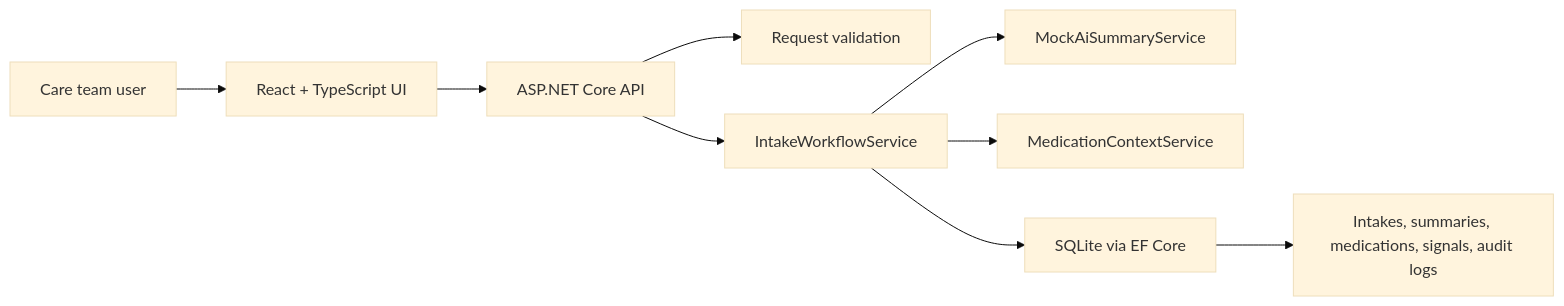
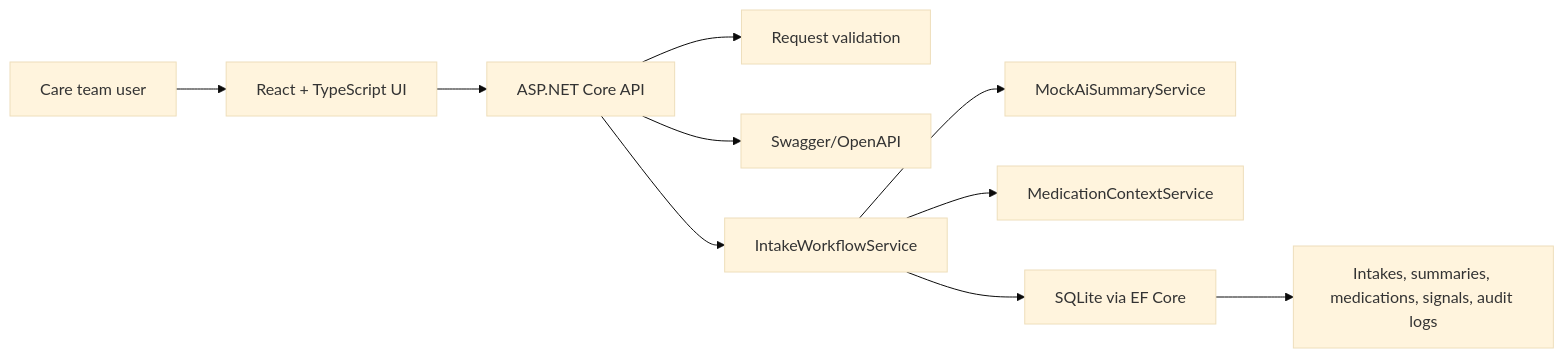
One commit to Pharmacist65/clinical-intake-ai-workflow changed the diagram in README.md. Above: the diagram before and after it, drawn with Mermaid (base theme). The commit also changed other lines of this file and 15 other files, not shown here.

````diff
--- a/README.md
+++ b/README.md
@@ -77,11 +78,12 @@
 ```mermaid
 flowchart LR
     User["Care team user"] --> Frontend["React + TypeScript UI"]
     Frontend --> Api["ASP.NET Core API"]
     Api --> Validation["Request validation"]
+    Api --> Docs["Swagger/OpenAPI"]
     Api --> Workflow["IntakeWorkflowService"]
     Workflow --> MockAI["MockAiSummaryService"]
     Workflow --> Pharmacy["MedicationContextService"]
     Workflow --> SQLite["SQLite via EF Core"]
     SQLite --> Records["Intakes, summaries, medications, signals, audit logs"]
 ```
````
